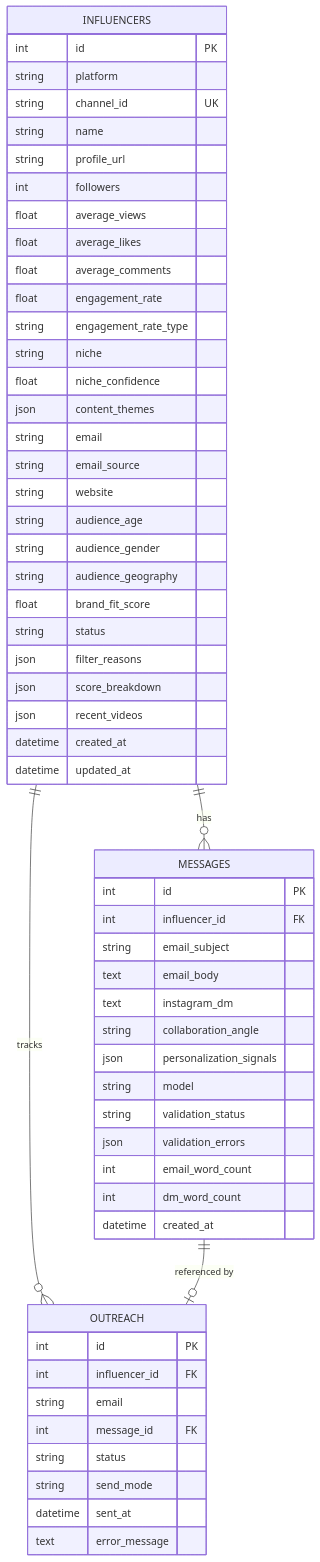
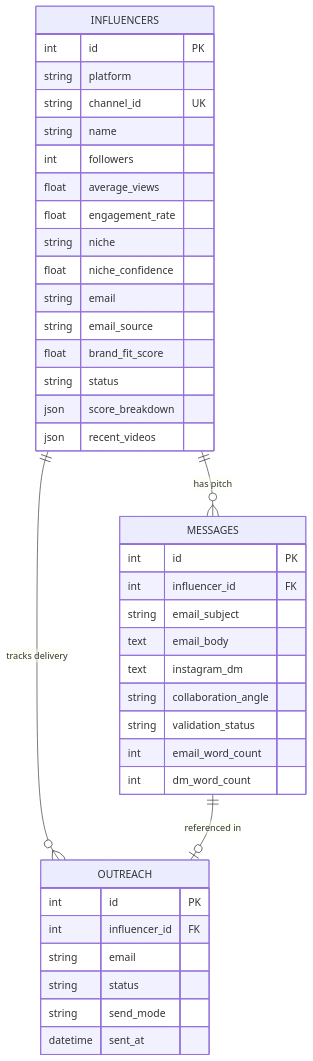
Before and after one commit to shivam7-gif/Edxso-Assessment: the diagram in README.md, drawn with Mermaid. The commit also changed other lines of this file and 5 other files, not shown here.

````diff
--- a/README.md
+++ b/README.md
@@ -203,63 +122,45 @@
 ```mermaid
 erDiagram
-    INFLUENCERS ||--o{ MESSAGES : "has"
-    INFLUENCERS ||--o{ OUTREACH : "tracks"
-    MESSAGES ||--o| OUTREACH : "referenced by"
+    INFLUENCERS ||--o{ MESSAGES : "has pitch"
+    INFLUENCERS ||--o{ OUTREACH : "tracks delivery"
+    MESSAGES ||--o| OUTREACH : "referenced in"
 
     INFLUENCERS {
         int id PK
         string platform
         string channel_id UK
         string name
-        string profile_url
         int followers
         float average_views
-        float average_likes
-        float average_comments
         float engagement_rate
-        string engagement_rate_type
         string niche
         float niche_confidence
-        json content_themes
         string email
         string email_source
-        string website
-        string audience_age
-        string audience_gender
-        string audience_geography
         float brand_fit_score
         string status
-        json filter_reasons
         json score_breakdown
         json recent_videos
-        datetime created_at
-        datetime updated_at
     }
 
     MESSAGES {
         int id PK
         int influencer_id FK
         string email_subject
         text email_body
         text instagram_dm
         string collaboration_angle
-        json personalization_signals
-        string model
         string validation_status
-        json validation_errors
         int email_word_count
         int dm_word_count
-        datetime created_at
     }
 
     OUTREACH {
         int id PK
         int influencer_id FK
         string email
-        int message_id FK
         string status
         string send_mode
         datetime sent_at
-        text error_message
     }
 ```
````
